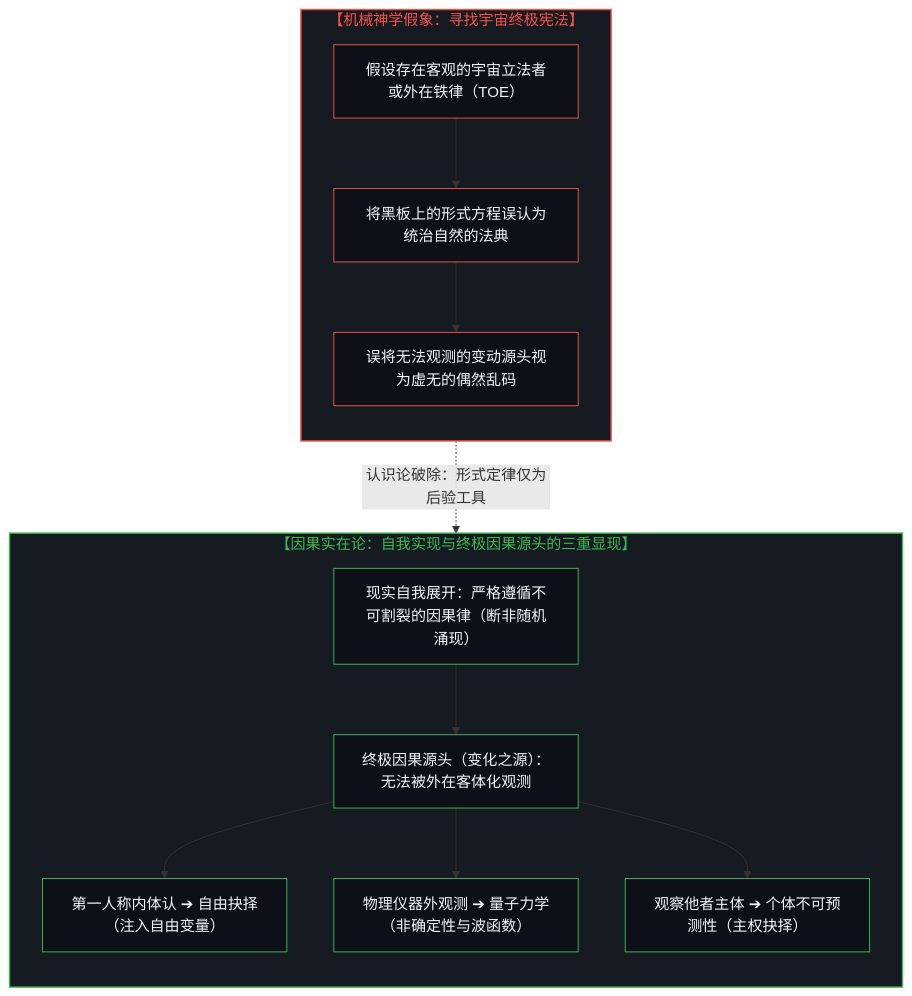
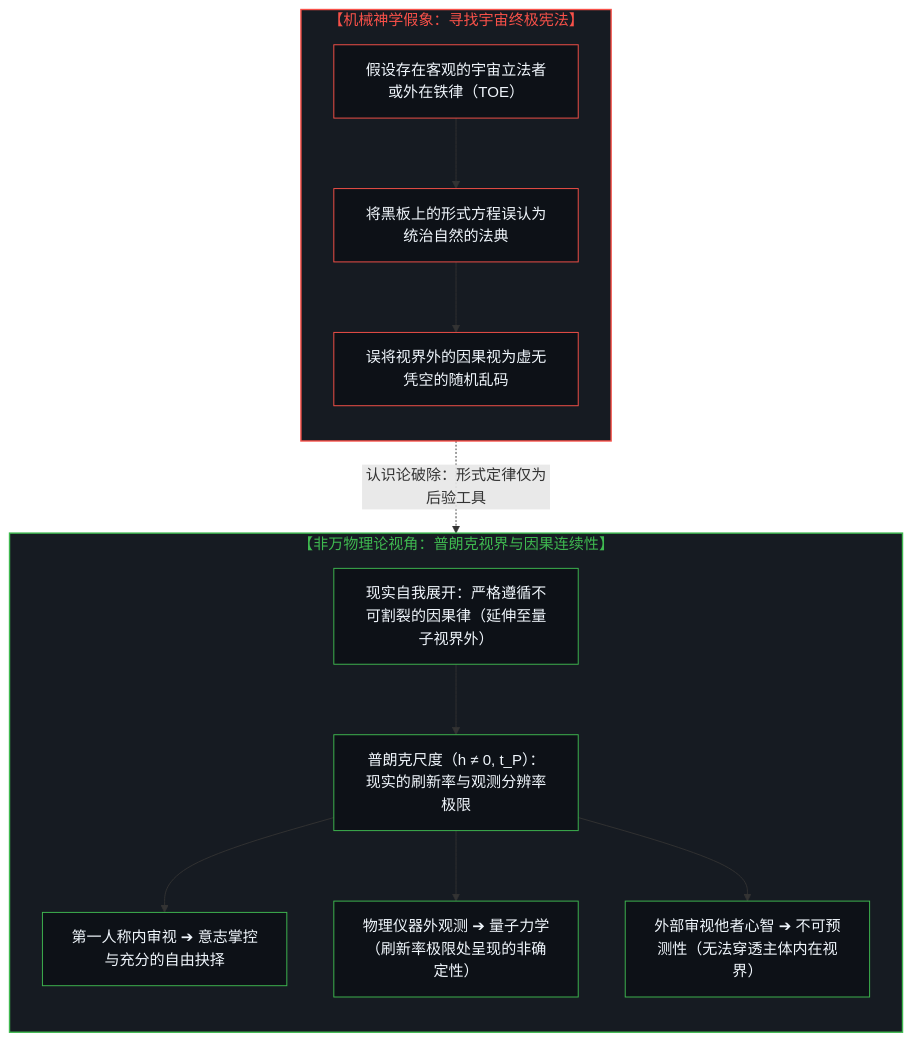
One commit to powerpig99/not-a-toe changed the fourth of 5 diagrams in content/posts/the-sleight-of-hand-in-physics-is-the-law-and-the-friction-of-reality.md. Above: the diagram before and after it, drawn with Mermaid. The commit also changed other lines of this file and 4 other files, not shown here.

````diff
--- a/content/posts/the-sleight-of-hand-in-physics-is-the-law-and-the-friction-of-reality.md
+++ b/content/posts/the-sleight-of-hand-in-physics-is-the-law-and-the-friction-of-reality.md
@@ -223,36 +230,36 @@
 ```mermaid
 graph TD
     subgraph S_Theology["【机械神学假象：寻找宇宙终极宪法】"]
         direction TB
         M1["假设存在客观的宇宙立法者或外在铁律（TOE）"]
         M2["将黑板上的形式方程误认为统治自然的法典"]
-        M3["误将无法观测的变动源头视为虚无的偶然乱码"]
+        M3["误将视界外的因果视为虚无凭空的随机乱码"]
         M1 --> M2 --> M3
     end
 
-    subgraph S_Causality["【因果实在论：自我实现与终极因果源头的三重显现】"]
+    subgraph S_Causality["【非万物理论视角：普朗克视界与因果连续性】"]
         direction TB
-        K1["现实自我展开：严格遵循不可割裂的因果律（断非随机涌现）"]
-        K2["终极因果源头（变化之源）：无法被外在客体化观测"]
-        K3A["第一人称内体认 ➔ 自由抉择（注入自由变量）"]
-        K3B["物理仪器外观测 ➔ 量子力学（非确定性与波函数）"]
-        K3C["观察他者主体 ➔ 个体不可预测性（主权抉择）"]
+        K1["现实自我展开：严格遵循不可割裂的因果律（延伸至量子视界外）"]
+        K2["普朗克尺度（h ≠ 0, t_P）：现实的刷新率与观测分辨率极限"]
+        K3A["第一人称内审视 ➔ 意志掌控与充分的自由抉择"]
+        K3B["物理仪器外观测 ➔ 量子力学（刷新率极限处呈现的非确定性）"]
+        K3C["外部审视他者心智 ➔ 不可预测性（无法穿透主体内在视界）"]
         K1 --> K2
         K2 --> K3A
         K2 --> K3B
         K2 --> K3C
     end
 
     M2 -.->|"认识论破除：形式定律仅为后验工具"| K1
 
     style S_Theology fill:#161b22,stroke:#f85149,stroke-width:1.5px,color:#f85149
     style S_Causality fill:#161b22,stroke:#3fb950,stroke-width:1.5px,color:#3fb950
     style M1 fill:#0d1117,stroke:#f85149,stroke-width:1px,color:#f0f6fc
     style M2 fill:#0d1117,stroke:#f85149,stroke-width:1px,color:#f0f6fc
     style M3 fill:#0d1117,stroke:#f85149,stroke-width:1px,color:#f0f6fc
     style K1 fill:#0d1117,stroke:#3fb950,stroke-width:1px,color:#f0f6fc
     style K2 fill:#0d1117,stroke:#3fb950,stroke-width:1px,color:#f0f6fc
     style K3A fill:#0d1117,stroke:#3fb950,stroke-width:1px,color:#f0f6fc
     style K3B fill:#0d1117,stroke:#3fb950,stroke-width:1px,color:#f0f6fc
     style K3C fill:#0d1117,stroke:#3fb950,stroke-width:1px,color:#f0f6fc
 ```
````
